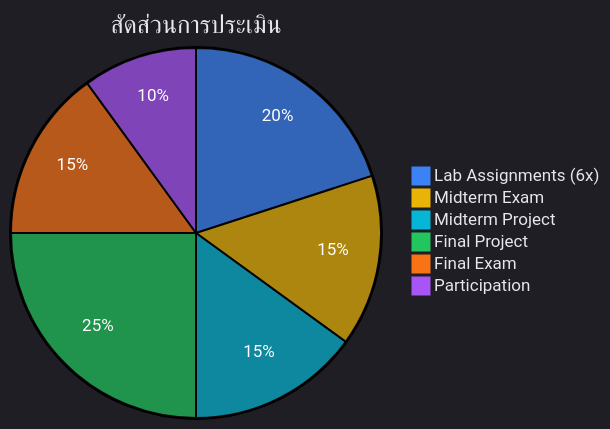
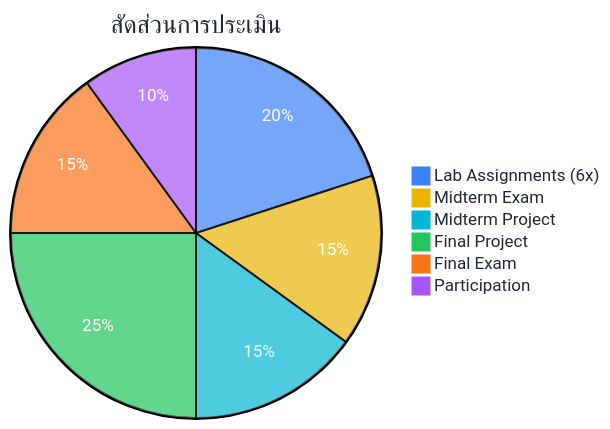
Before and after one commit to nutthakorn7/kmutnb-fte-portfolio: the diagram in teaching-plans/020527115_selected_topics.md, drawn with Mermaid. The commit also changed 5 other files, not shown here.

Commit message:
Fix Mermaid theme: use base theme with dark text (GitHub SVG has white bg)

````diff
--- a/teaching-plans/020527115_selected_topics.md
+++ b/teaching-plans/020527115_selected_topics.md
@@ -67,10 +67,10 @@
 ```mermaid
-%%{init: {'theme': 'dark', 'themeVariables': {'pie1': '#3b82f6', 'pie2': '#eab308', 'pie3': '#06b6d4', 'pie4': '#22c55e', 'pie5': '#f97316', 'pie6': '#a855f7', 'pieTitleTextColor': '#e5e7eb', 'pieSectionTextColor': '#fff', 'pieLegendTextColor': '#e5e7eb'}}}%%
+%%{init: {'theme': 'base', 'themeVariables': {'pie1': '#3b82f6', 'pie2': '#eab308', 'pie3': '#06b6d4', 'pie4': '#22c55e', 'pie5': '#f97316', 'pie6': '#a855f7', 'pieTitleTextColor': '#1f2937', 'pieSectionTextColor': '#fff', 'pieLegendTextColor': '#1f2937'}}}%%
 pie title สัดส่วนการประเมิน
     "Lab Assignments (6x)" : 20
     "Midterm Exam" : 15
     "Midterm Project" : 15
     "Final Project" : 25
     "Final Exam" : 15
     "Participation" : 10
 ```
````
